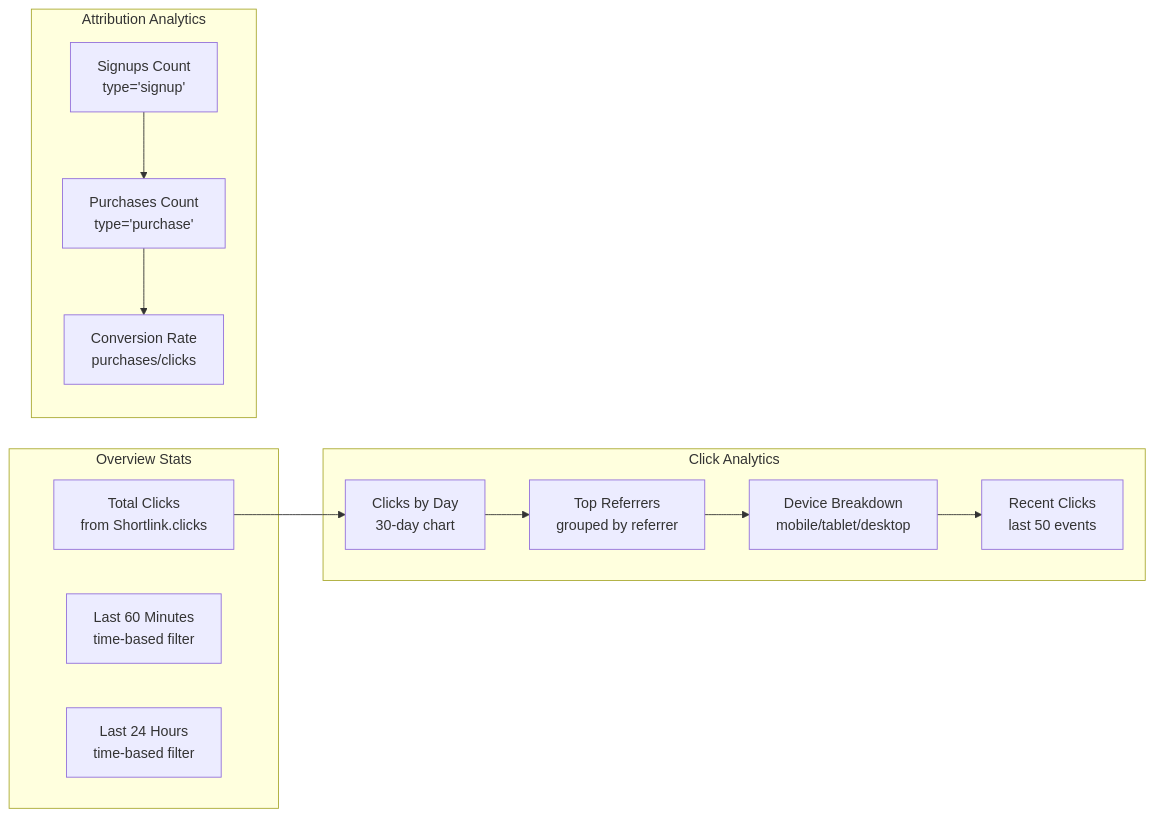
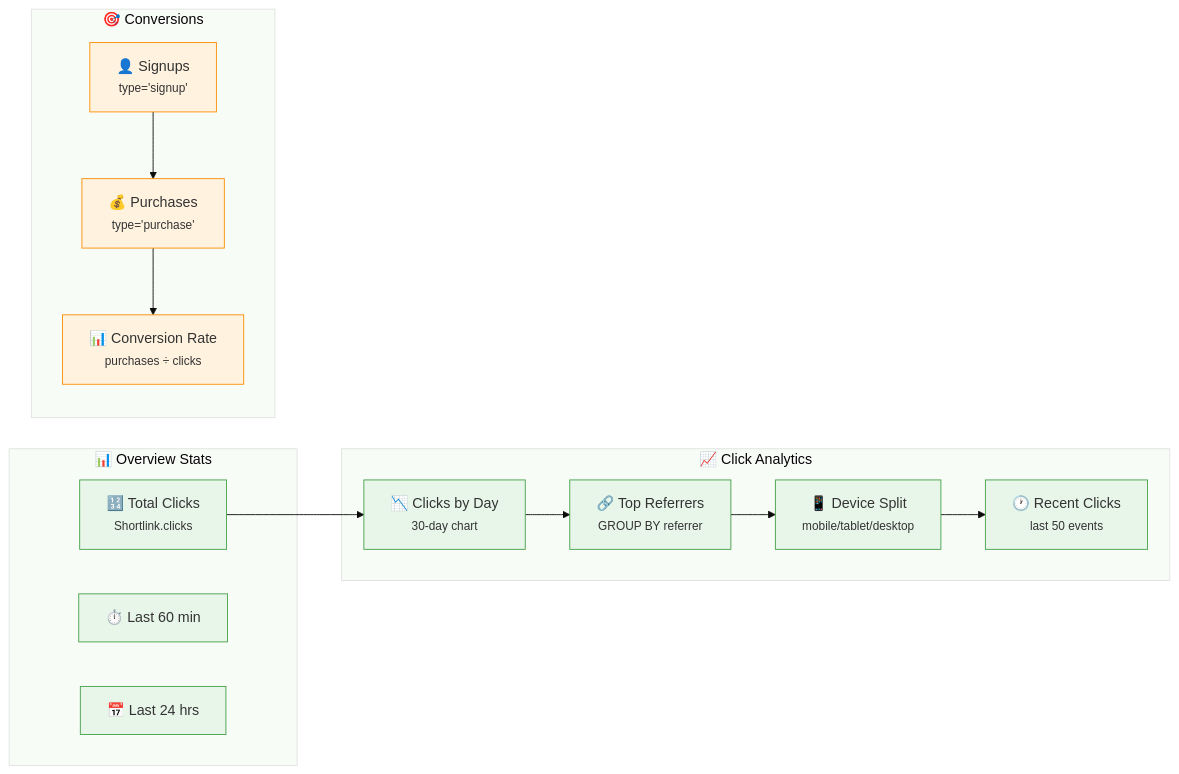
Before and after one commit to badass-courses/course-builder: the sixth of 9 diagrams in apps/ai-hero/docs/flows/shortlinks.md, drawn with Mermaid. The commit also changed other lines of this file, not shown here.

First line of the commit message:
style(aih): enhance mermaid diagrams with theming, autonumber, and styling

````diff
--- a/apps/ai-hero/docs/flows/shortlinks.md
+++ b/apps/ai-hero/docs/flows/shortlinks.md
@@ -399,29 +425,42 @@
 ```mermaid
+%%{init: {'theme': 'base', 'themeVariables': { 'primaryColor': '#f3e5f5', 'primaryBorderColor': '#7b1fa2'}}}%%
 flowchart LR
-    subgraph "Overview Stats"
-        A[Total Clicks<br/>from Shortlink.clicks]
-        B[Last 60 Minutes<br/>time-based filter]
-        C[Last 24 Hours<br/>time-based filter]
+    %% ━━━━━━━━━━━━━━━━━━━━━━━━━━━━━━━━━━━━━━━━━━━━━━━━━━━━━━━━━━━━━━
+    %% Analytics dashboard data sources and metrics
+    %% ━━━━━━━━━━━━━━━━━━━━━━━━━━━━━━━━━━━━━━━━━━━━━━━━━━━━━━━━━━━━━━
+
+    subgraph overview ["📊 Overview Stats"]
+        A["🔢 Total Clicks<br/><small>Shortlink.clicks</small>"]
+        B["⏱️ Last 60 min"]
+        C["📅 Last 24 hrs"]
     end
 
-    subgraph "Click Analytics"
-        D[Clicks by Day<br/>30-day chart]
-        E[Top Referrers<br/>grouped by referrer]
-        F[Device Breakdown<br/>mobile/tablet/desktop]
-        G[Recent Clicks<br/>last 50 events]
+    subgraph clicks ["📈 Click Analytics"]
+        D["📉 Clicks by Day<br/><small>30-day chart</small>"]
+        E["🔗 Top Referrers<br/><small>GROUP BY referrer</small>"]
+        F["📱 Device Split<br/><small>mobile/tablet/desktop</small>"]
+        G["🕐 Recent Clicks<br/><small>last 50 events</small>"]
     end
 
-    subgraph "Attribution Analytics"
-        H[Signups Count<br/>type='signup']
-        I[Purchases Count<br/>type='purchase']
-        J[Conversion Rate<br/>purchases/clicks]
+    subgraph attribution ["🎯 Conversions"]
+        H["👤 Signups<br/><small>type='signup'</small>"]
+        I["💰 Purchases<br/><small>type='purchase'</small>"]
+        J["📊 Conversion Rate<br/><small>purchases ÷ clicks</small>"]
     end
 
+    %% Data flow
     A --> D
     D --> E
     E --> F
     F --> G
 
     H --> I
     I --> J
+
+    %% Styling
+    classDef metric fill:#e8f5e9,stroke:#43a047
+    classDef conversion fill:#fff3e0,stroke:#fb8c00
+
+    class A,B,C,D,E,F,G metric
+    class H,I,J conversion
 ```
````
